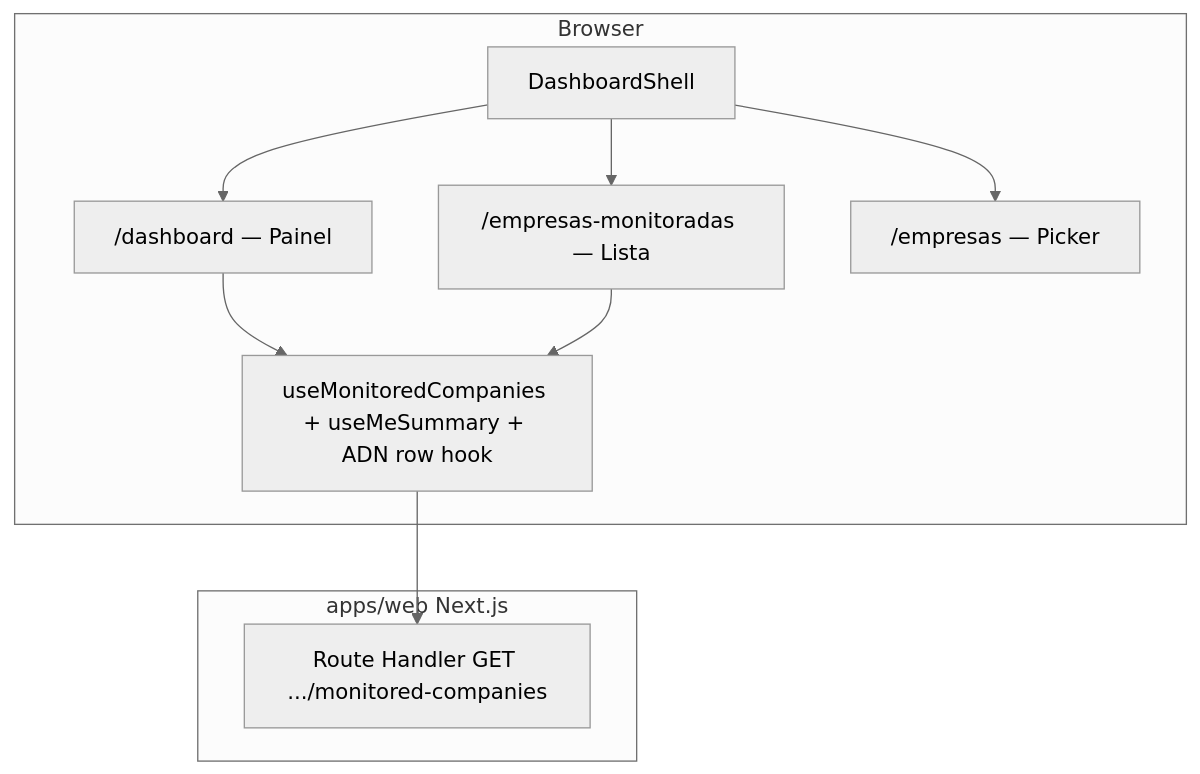
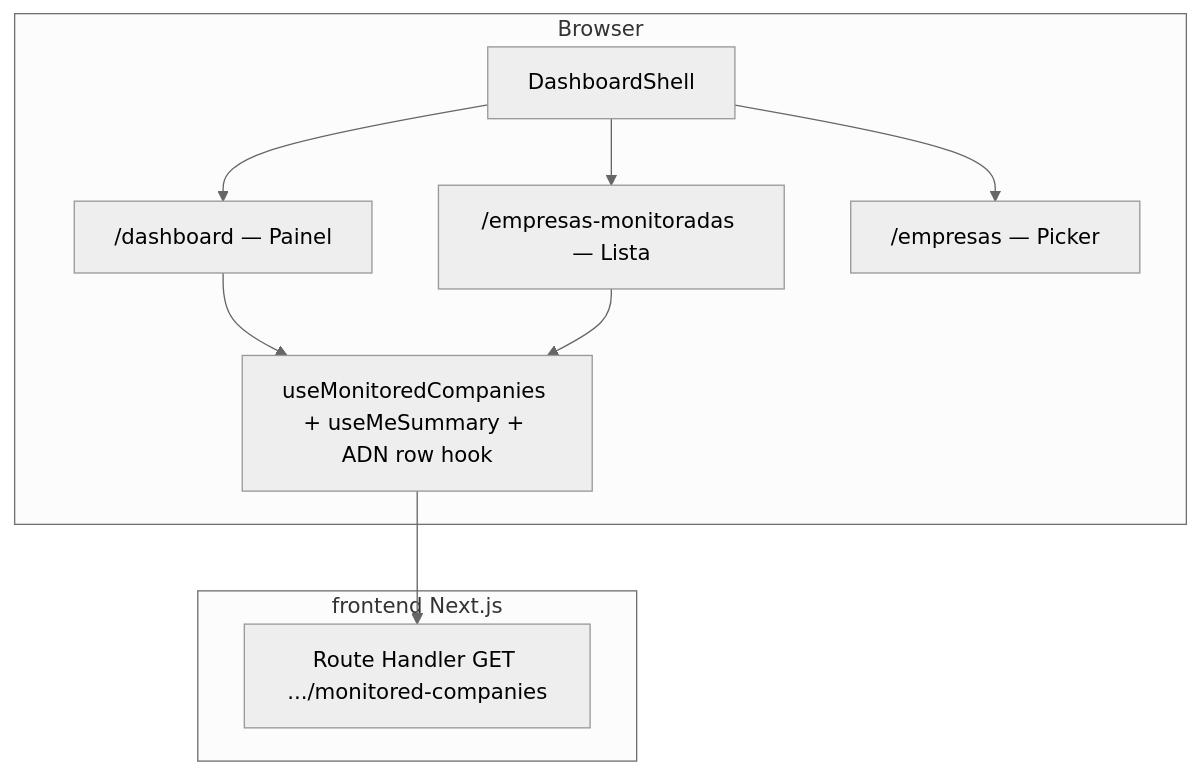
The diagram in docs/architecture-nav-sidebar-empresas-monitoradas.md (Leonardo-Richard/Por-enquanto-n-o-fa-o-ideia), drawn with Mermaid (neutral theme) before and after one commit. The commit also changed other lines of this file and 71 other files, not shown here.

````diff
--- a/docs/architecture-nav-sidebar-empresas-monitoradas.md
+++ b/docs/architecture-nav-sidebar-empresas-monitoradas.md
@@ -33,19 +33,19 @@
 ```mermaid
 flowchart TB
   subgraph browser [Browser]
     Shell[DashboardShell]
     PageDash["/dashboard — Painel"]
     PageMon["/empresas-monitoradas — Lista"]
     PagePick["/empresas — Picker"]
     Hooks[useMonitoredCompanies + useMeSummary + ADN row hook]
   end
-  subgraph next [apps/web Next.js]
+  subgraph next [frontend Next.js]
     API["Route Handler GET .../monitored-companies"]
   end
   Shell --> PageDash
   Shell --> PageMon
   Shell --> PagePick
   PageDash --> Hooks
   PageMon --> Hooks
   Hooks --> API
 ```
````
